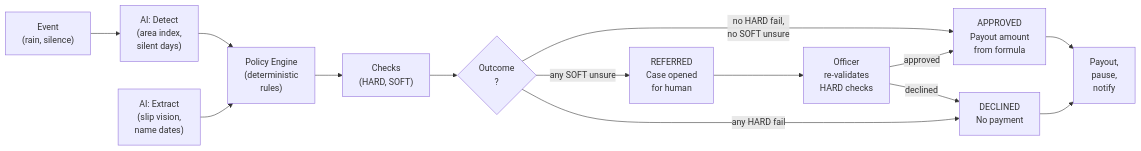
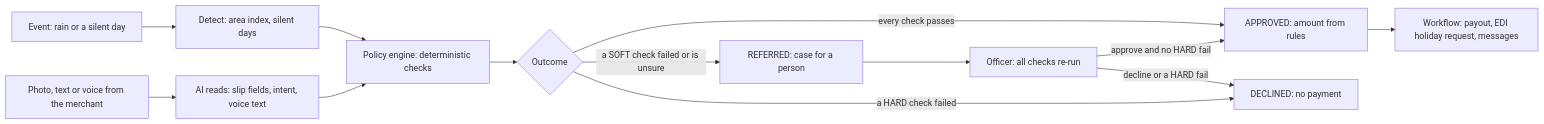
One commit to UjjwalPardeshi/Chhatri changed the diagram in docs/04-engineering/ai-architecture-and-guardrails.md. Above: the diagram before and after it, drawn with Mermaid. The commit also changed other lines of this file and 57 other files, not shown here.

````diff
--- a/docs/04-engineering/ai-architecture-and-guardrails.md
+++ b/docs/04-engineering/ai-architecture-and-guardrails.md
@@ -51,28 +41,15 @@
 ```mermaid
-graph LR
-    A["Event<br/>(rain, silence)"]
-    B["AI: Detect<br/>(area index,<br/>silent days)"]
-    C["AI: Extract<br/>(slip vision,<br/>name dates)"]
-    D["Policy Engine<br/>(deterministic<br/>rules)"]
-    E["Checks<br/>(HARD, SOFT)"]
-    F{Outcome<br/>?}
-    G["APPROVED<br/>Payout amount<br/>from formula"]
-    H["REFERRED<br/>Case opened<br/>for human"]
-    I["DECLINED<br/>No payment"]
-    J["Officer<br/>re-validates<br/>HARD checks"]
-    K["Payout,<br/>pause,<br/>notify"]
-    
-    A --> B
-    B --> D
-    C --> D
-    D --> E
-    E --> F
-    F -->|no HARD fail,<br/>no SOFT unsure| G
-    F -->|any SOFT unsure| H
-    F -->|any HARD fail| I
-    H --> J
-    J -->|approved| G
-    J -->|declined| I
-    G --> K
-    I --> K
+flowchart LR
+    E["Event: rain or a silent day"] --> D["Detect: area index, silent days"]
+    P["Photo, text or voice from the merchant"] --> X["AI reads: slip fields, intent, voice text"]
+    D --> G["Policy engine: deterministic checks"]
+    X --> G
+    G --> O{"Outcome"}
+    O -->|"every check passes"| A["APPROVED: amount from rules"]
+    O -->|"a SOFT check failed or is unsure"| R["REFERRED: case for a person"]
+    O -->|"a HARD check failed"| N["DECLINED: no payment"]
+    R --> F["Officer: all checks re-run"]
+    F -->|"approve and no HARD fail"| A
+    F -->|"decline or a HARD fail"| N
+    A --> W["Workflow: payout, EDI holiday request, messages"]
 ```
````
